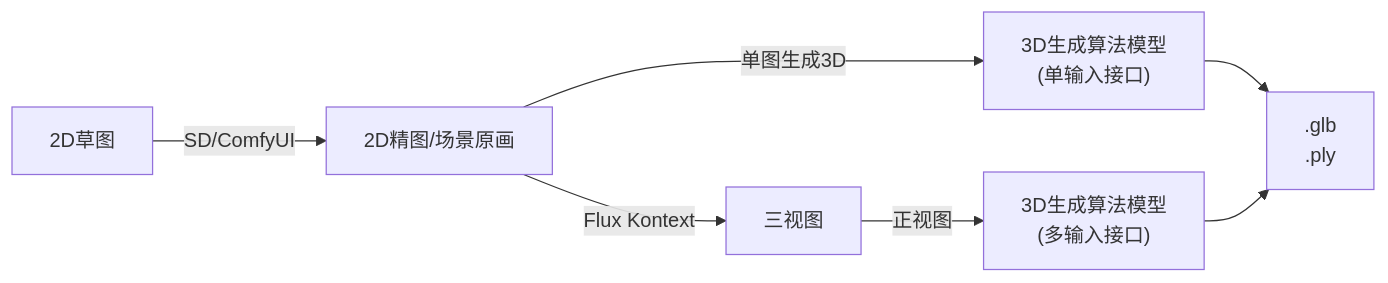
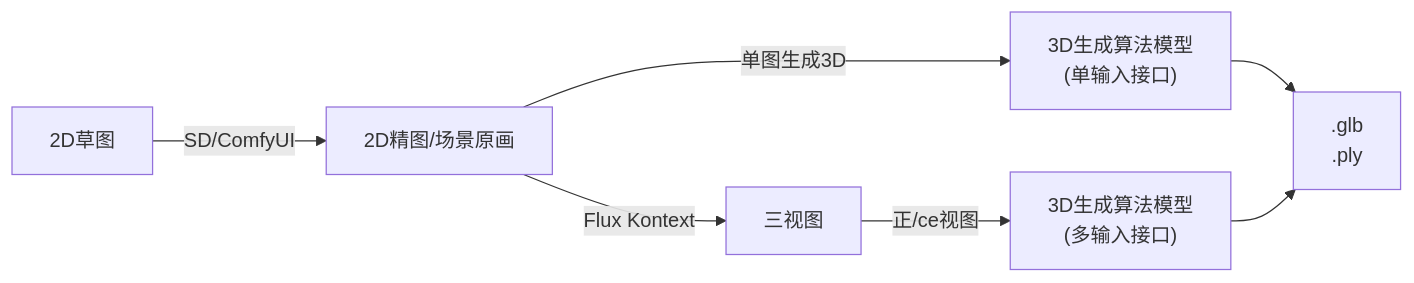
One commit to zade23/iodraw-files changed the diagram in all/未命名-7.md. Above: the diagram before and after it, drawn with Mermaid.

Commit message:
2025-07-17 20:02:59 update

````diff
--- a/all/未命名-7.md
+++ b/all/未命名-7.md
@@ -1,13 +1,13 @@
 ```mermaid
 graph LR
     A[2D草图] -->|SD/ComfyUI| B[2D精图/场景原画]
     
     B -->|单图生成3D| D["3D生成算法模型<br/>(单输入接口)"]
     D --> F[".glb<br/>.ply"]
     
     B -->|Flux Kontext| C[三视图]
     
-    C -->|正视图| E["3D生成算法模型<br/>(多输入接口)"]
+    C -->|正/ce视图| E["3D生成算法模型<br/>(多输入接口)"]
 
     E --> F
 ```
````
